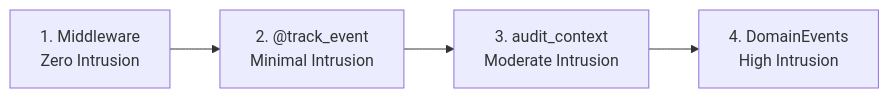
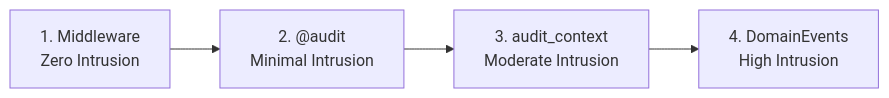
One commit to alinabuzachis/syntara changed the fifth of 6 diagrams in docs/audit.md. Above: the diagram before and after it, drawn with Mermaid. The commit also changed other lines of this file and 9 other files, not shown here.

Commit message:
chore: Rename @track_event to @audit (#825)

````diff
--- a/docs/audit.md
+++ b/docs/audit.md
@@ -446,6 +446,6 @@
 ```mermaid
 graph LR
-    A[1. Middleware<br/>Zero Intrusion] --> B[2. @track_event<br/>Minimal Intrusion]
+    A[1. Middleware<br/>Zero Intrusion] --> B[2. @audit<br/>Minimal Intrusion]
     B --> C[3. audit_context<br/>Moderate Intrusion]
     C --> D[4. DomainEvents<br/>High Intrusion]
 ```
````
